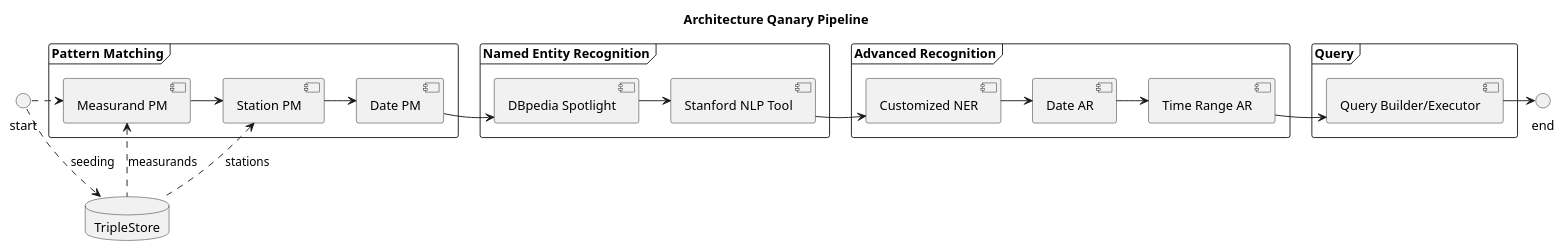
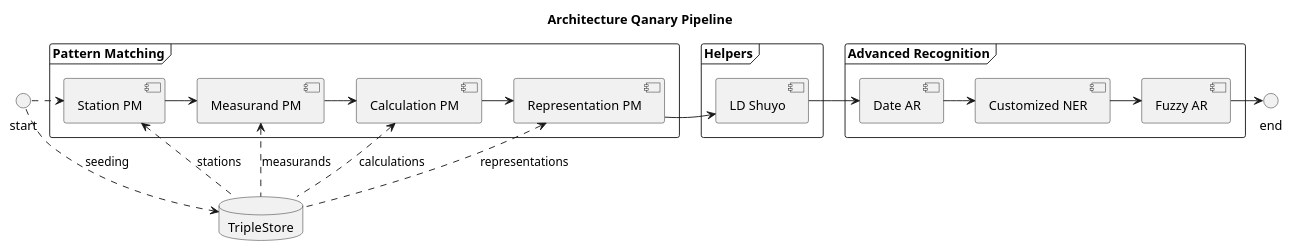
One commit to fredericbahr/quatsch-project-22 changed the diagram in docs/diagrams/Qanary Pipeline.puml. Above: the diagram before and after it, drawn with PlantUML. The commit also changed 4 other files, not shown here.

Commit message:
docs: refactor diagrams

```diff
--- a/docs/diagrams/Qanary Pipeline.puml
+++ b/docs/diagrams/Qanary Pipeline.puml
@@ -1,44 +1,42 @@
 @startuml
 
 title Architecture Qanary Pipeline
 
 frame "Pattern Matching" {
 [Measurand PM]
 [Station PM]
-[Date PM]
+[Calculation PM]
+[Representation PM]
 }
 
-frame "Named Entity Recognition" {
-[DBpedia Spotlight]
-[Stanford NLP Tool]
+frame "Helpers" {
+[LD Shuyo]
 }
 
 frame "Advanced Recognition" {
+[Customized NER]
 [Date AR]
-[Time Range AR]
-[Customized NER]
-}
-
-frame "Query" {
-[Query Builder/Executor]
+[Fuzzy AR]
 }
 
 
 database TripleStore
-start .> [Measurand PM]
+start .> [Station PM]
 start ..> TripleStore: seeding
 
+[Station PM] <.. TripleStore: stations
 [Measurand PM] <.. TripleStore: measurands
-[Station PM] <.. TripleStore: stations
+[Calculation PM] <.. TripleStore: calculations
+[Representation PM] <.. TripleStore: representations
 
-[Measurand PM] -> [Station PM]
-[Station PM] -> [Date PM]
-[Date PM] -> [DBpedia Spotlight]
-[DBpedia Spotlight] -> [Stanford NLP Tool]
-[Stanford NLP Tool] -> [Customized NER]
-[Customized NER] -> [Date AR]
-[Date AR] -> [Time Range AR]
-[Time Range AR] -> [Query Builder/Executor]
+[Station PM] -> [Measurand PM]
+[Measurand PM] -> [Calculation PM]
+[Calculation PM] -> [Representation PM]
+[Representation PM] -> [LD Shuyo]
 
-[Query Builder/Executor] -> end
+[LD Shuyo] -> [Date AR]
+[Date AR] -> [Customized NER]
+[Customized NER] -> [Fuzzy AR]
+
+[Fuzzy AR] -> end
 @enduml
```
